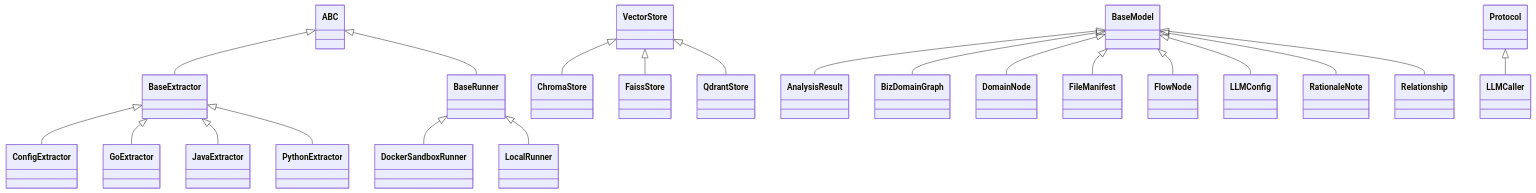
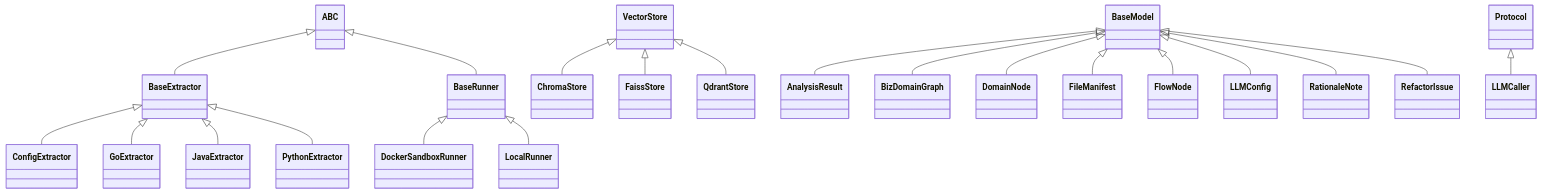
One commit to actions-marketplace-validations/unrealandychan_rekipedia changed the diagram in docs/wiki/diagrams/class-hierarchy.md. Above: the diagram before and after it, drawn with Mermaid. The commit also changed 9 other files, not shown here.

````diff
--- a/docs/wiki/diagrams/class-hierarchy.md
+++ b/docs/wiki/diagrams/class-hierarchy.md
@@ -1,23 +1,23 @@
 ```mermaid
 classDiagram
   BaseModel <|-- AnalysisResult
   ABC <|-- BaseExtractor
   ABC <|-- BaseRunner
   BaseModel <|-- BizDomainGraph
   VectorStore <|-- ChromaStore
   BaseExtractor <|-- ConfigExtractor
   BaseRunner <|-- DockerSandboxRunner
   BaseModel <|-- DomainNode
   VectorStore <|-- FaissStore
   BaseModel <|-- FileManifest
   BaseModel <|-- FlowNode
   BaseExtractor <|-- GoExtractor
   BaseExtractor <|-- JavaExtractor
   Protocol <|-- LLMCaller
   BaseModel <|-- LLMConfig
   BaseRunner <|-- LocalRunner
   BaseExtractor <|-- PythonExtractor
   VectorStore <|-- QdrantStore
   BaseModel <|-- RationaleNote
-  BaseModel <|-- Relationship
+  BaseModel <|-- RefactorIssue
 ```
````
